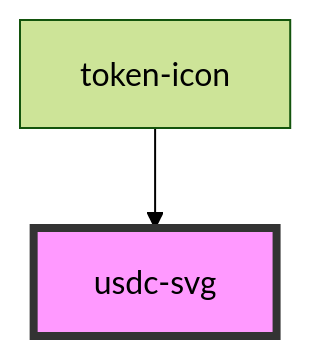
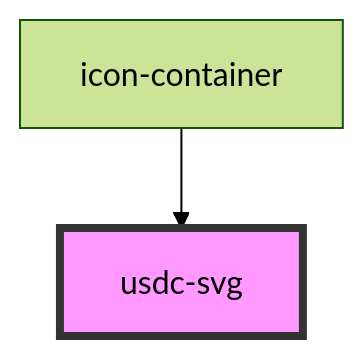
One commit to PactsTech/pacts-components changed the diagram in packages/stencil-components/src/components/usdc-svg/readme.md. Above: the diagram before and after it, drawn with Mermaid (forest theme). The commit also changed other lines of this file and 26 other files, not shown here.

Commit message:
feat: add icon container and row components

````diff
--- a/packages/stencil-components/src/components/usdc-svg/readme.md
+++ b/packages/stencil-components/src/components/usdc-svg/readme.md
@@ -15,5 +15,5 @@
 ```mermaid
 graph TD;
-  token-icon --> usdc-svg
+  icon-container --> usdc-svg
   style usdc-svg fill:#f9f,stroke:#333,stroke-width:4px
 ```
````
